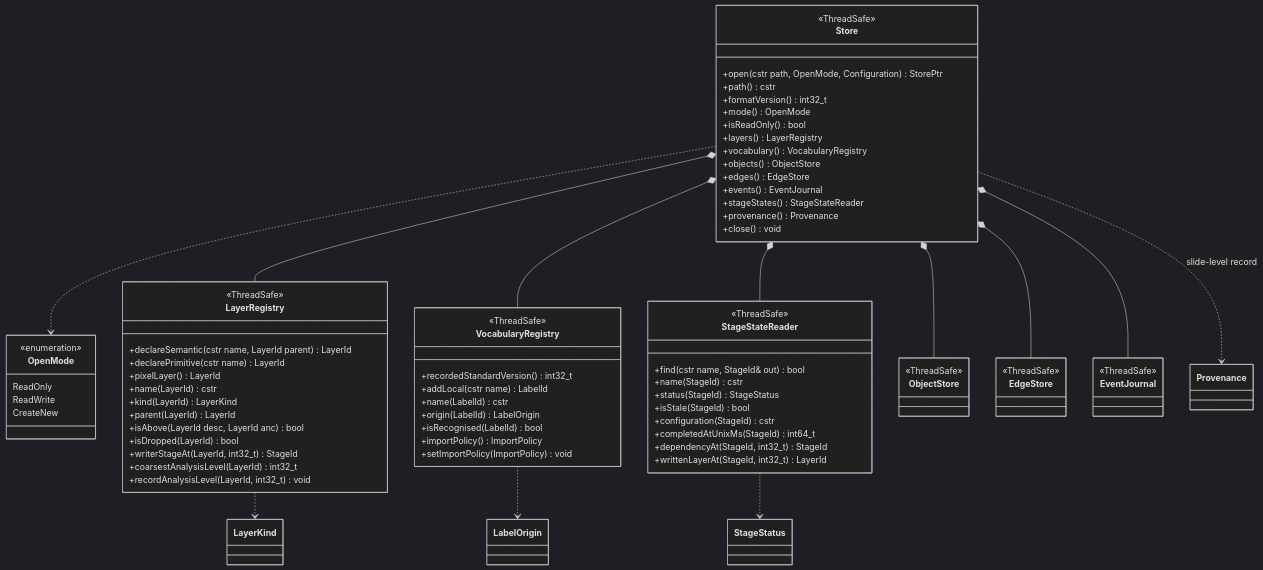
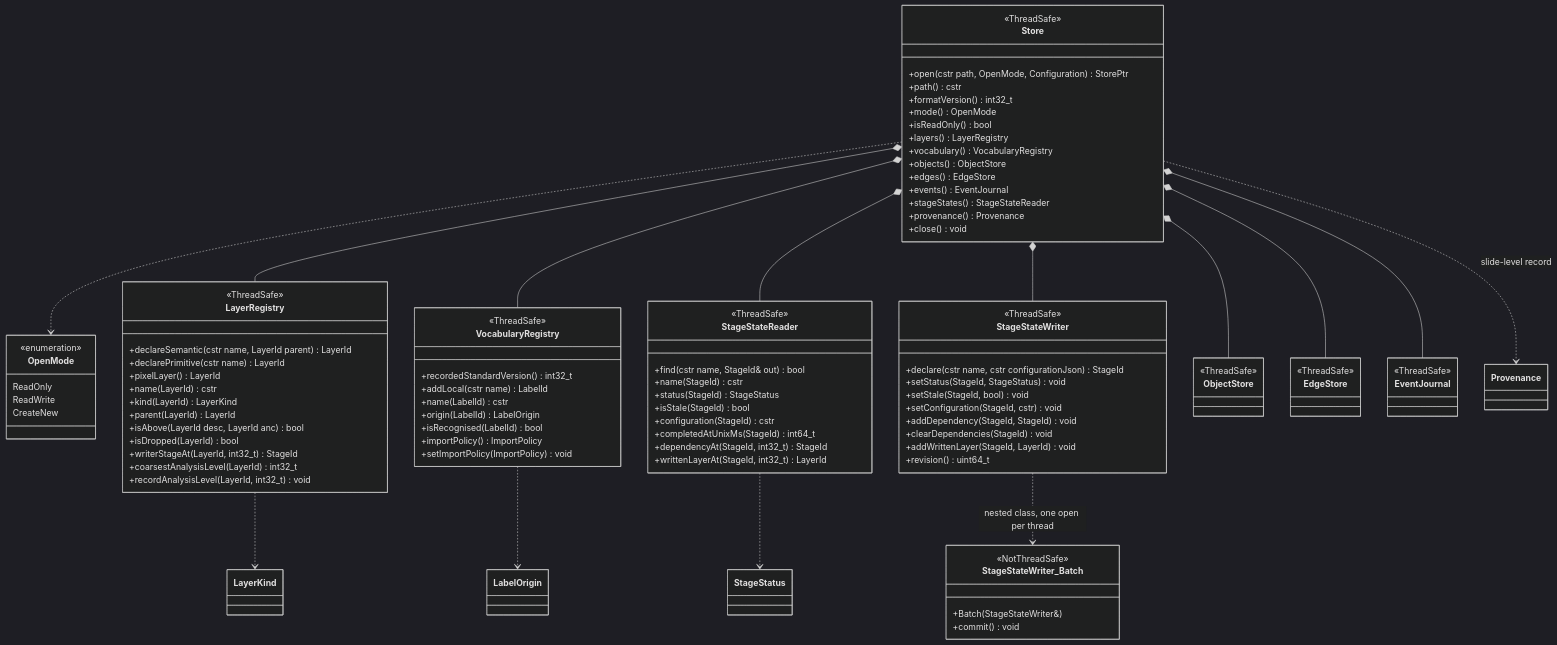
One commit to Booritas/slideio-processor changed the seventh of 14 diagrams in docs/superpowers/specs/sds/08-class-diagrams.md. Above: the diagram before and after it, drawn with Mermaid (dark theme). The commit also changed other lines of this file and 7 other files, not shown here.

Commit message:
feat(storage): StageStateWriter::Batch groups a thread's writes into one transaction

```diff
--- a/docs/superpowers/specs/sds/08-class-diagrams.md
+++ b/docs/superpowers/specs/sds/08-class-diagrams.md
@@ -758,6 +758,24 @@
         +writtenLayerAt(StageId, int32_t) LayerId
     }
 
+    class StageStateWriter {
+        <<ThreadSafe>>
+        +declare(cstr name, cstr configurationJson) StageId
+        +setStatus(StageId, StageStatus) void
+        +setStale(StageId, bool) void
+        +setConfiguration(StageId, cstr) void
+        +addDependency(StageId, StageId) void
+        +clearDependencies(StageId) void
+        +addWrittenLayer(StageId, LayerId) void
+        +revision() uint64_t
+    }
+
+    class StageStateWriter_Batch {
+        <<NotThreadSafe>>
+        +Batch(StageStateWriter&)
+        +commit() void
+    }
+
     class ObjectStore {
         <<ThreadSafe>>
     }
@@ -774,6 +792,8 @@
     Store *-- EdgeStore
     Store *-- EventJournal
     Store *-- StageStateReader
+    Store *-- StageStateWriter
+    StageStateWriter ..> StageStateWriter_Batch : nested class, one open per thread
     Store ..> OpenMode
     Store ..> Provenance : slide-level record
     LayerRegistry ..> LayerKind
```
